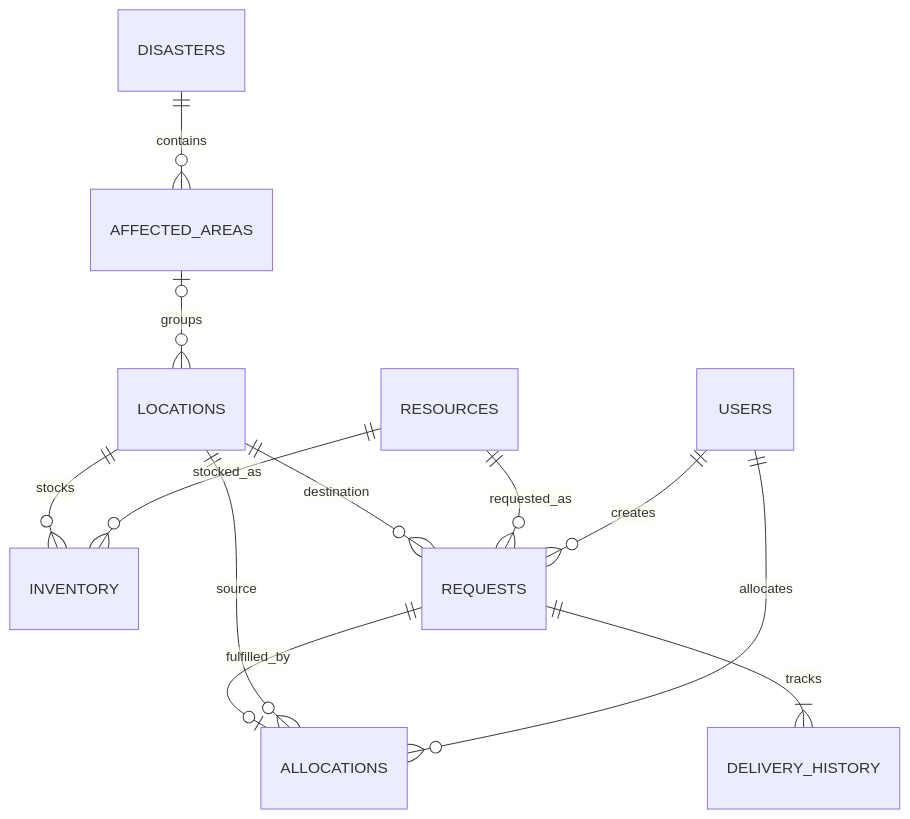
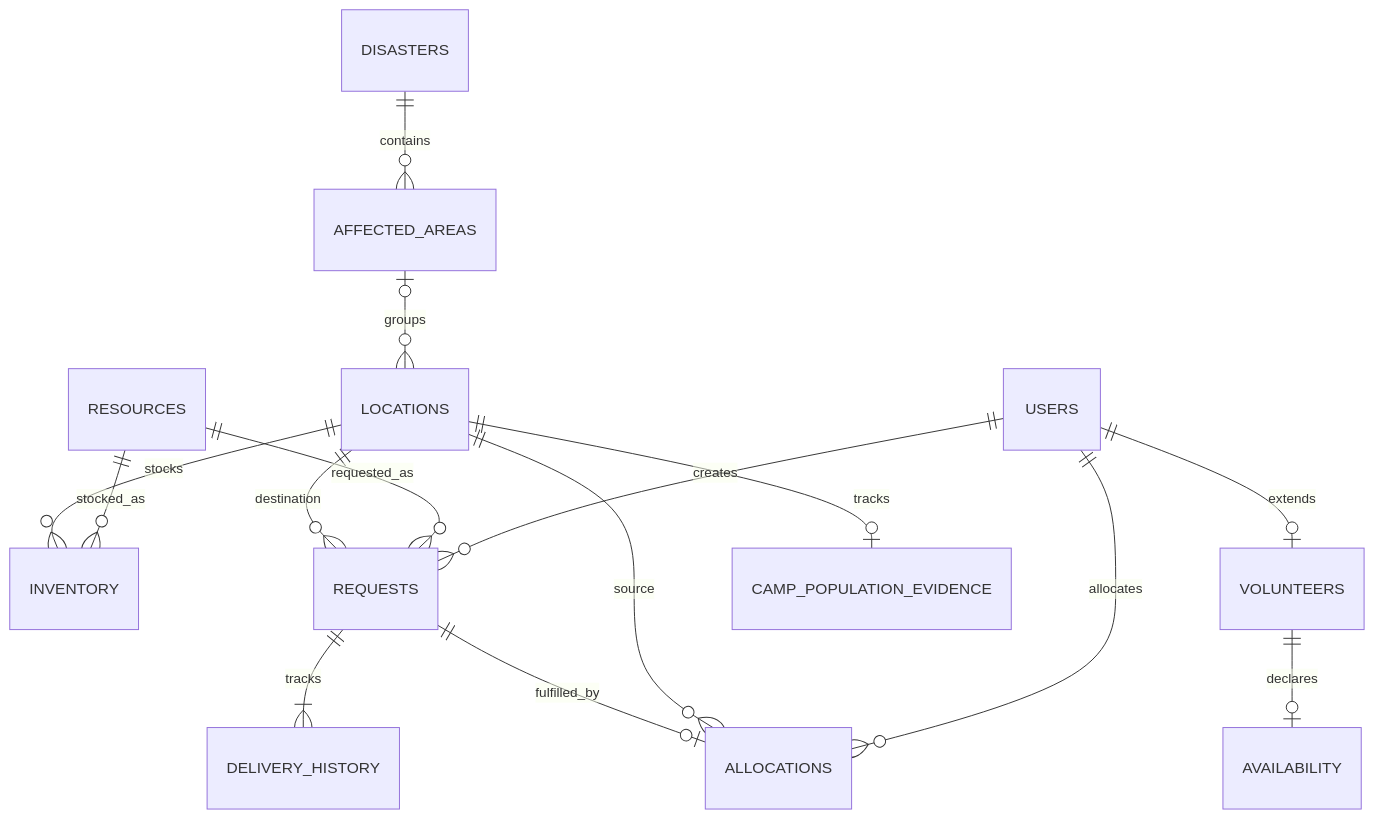
One commit to hattivishwajeet-ctrl/disaster-relief-management-system changed the second of 2 diagrams in docs/design.md. Above: the diagram before and after it, drawn with Mermaid. The commit also changed other lines of this file and 7 other files, not shown here.

Commit message:
Document MongoDB model, architecture, event contracts and add integration verification

````diff
--- a/docs/design.md
+++ b/docs/design.md
@@ -11,14 +24,17 @@
 ```mermaid
 erDiagram
   DISASTERS ||--o{ AFFECTED_AREAS : contains
   AFFECTED_AREAS o|--o{ LOCATIONS : groups
   LOCATIONS ||--o{ INVENTORY : stocks
   RESOURCES ||--o{ INVENTORY : stocked_as
   LOCATIONS ||--o{ REQUESTS : destination
   RESOURCES ||--o{ REQUESTS : requested_as
   USERS ||--o{ REQUESTS : creates
   REQUESTS ||--o| ALLOCATIONS : fulfilled_by
   LOCATIONS ||--o{ ALLOCATIONS : source
   USERS ||--o{ ALLOCATIONS : allocates
   REQUESTS ||--|{ DELIVERY_HISTORY : tracks
+  USERS ||--o| VOLUNTEERS : extends
+  VOLUNTEERS ||--o| AVAILABILITY : declares
+  LOCATIONS ||--o| CAMP_POPULATION_EVIDENCE : tracks
 ```
````
